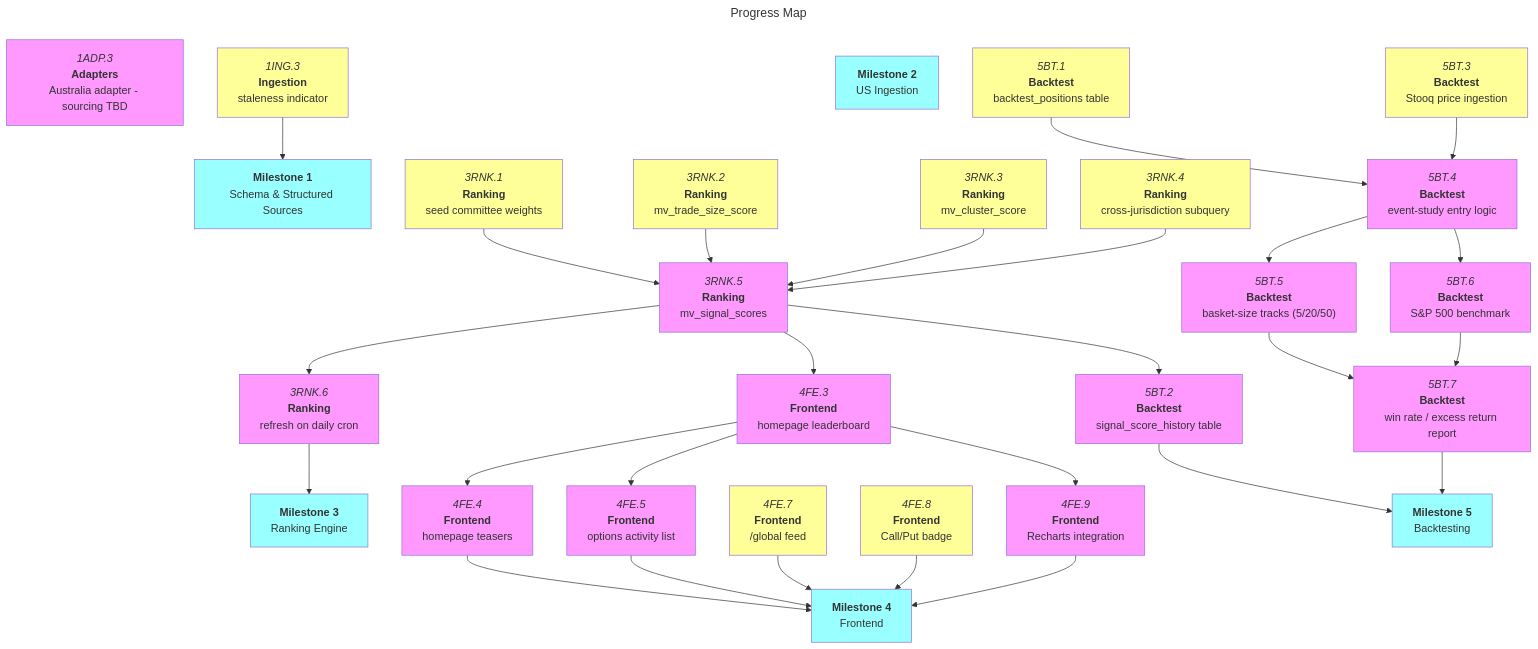
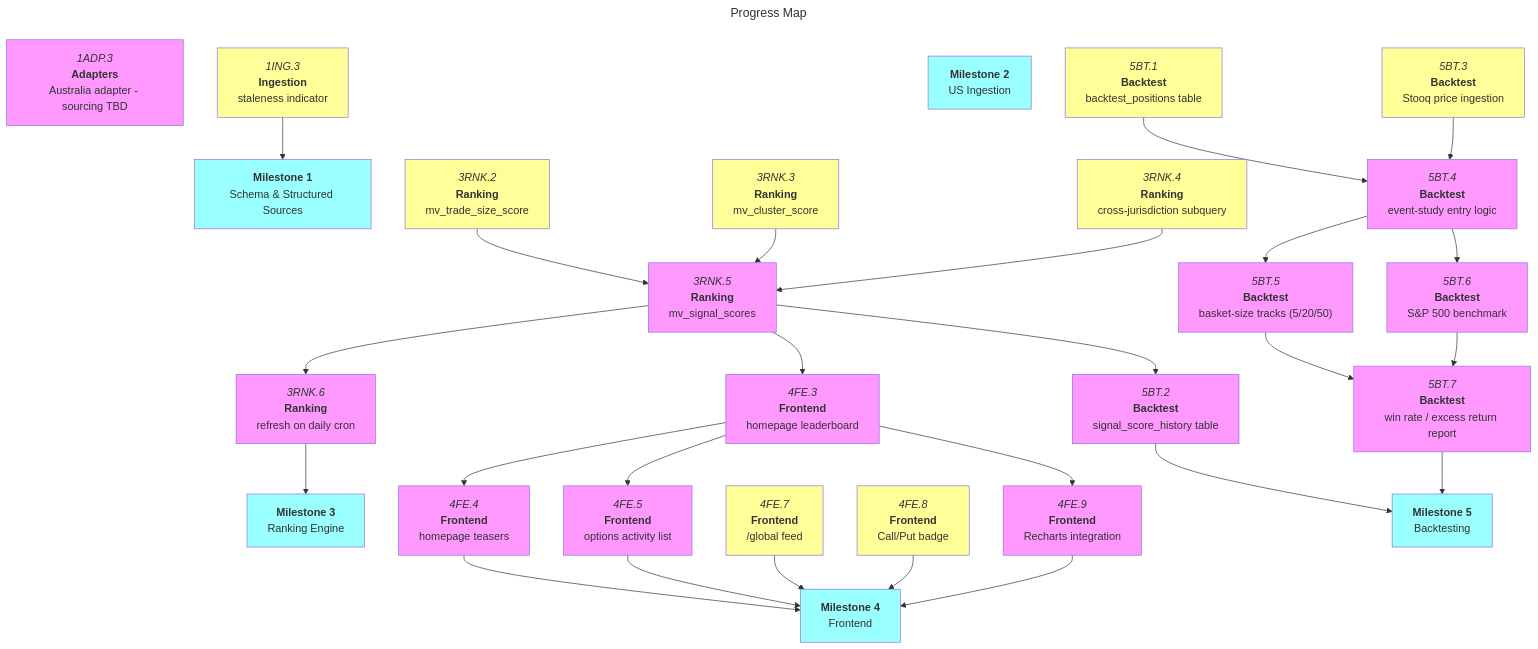
Before and after one commit to Oggie112/CrossBench: the diagram in docs/roadmaps/mvp.md, drawn with Mermaid. The commit also changed other lines of this file and 1 other file, not shown here.

First line of the commit message:
docs: mark 3RNK.1 complete on roadmap, add session work record

```diff
--- a/docs/roadmaps/mvp.md
+++ b/docs/roadmaps/mvp.md
@@ -191,8 +190,6 @@
 
 m2["`**Milestone 2**<br/>US Ingestion`"]:::mile
 
-3RNK.1["`*3RNK.1*<br/>**Ranking**<br/>seed committee weights`"]:::open
-
 3RNK.2["`*3RNK.2*<br/>**Ranking**<br/>mv_trade_size_score`"]:::open
 
 3RNK.3["`*3RNK.3*<br/>**Ranking**<br/>mv_cluster_score`"]:::open
@@ -200,7 +197,6 @@
 3RNK.4["`*3RNK.4*<br/>**Ranking**<br/>cross-jurisdiction subquery`"]:::open
 
 3RNK.5["`*3RNK.5*<br/>**Ranking**<br/>mv_signal_scores`"]:::blocked
-3RNK.1 --> 3RNK.5
 3RNK.2 --> 3RNK.5
 3RNK.3 --> 3RNK.5
 3RNK.4 --> 3RNK.5
```
